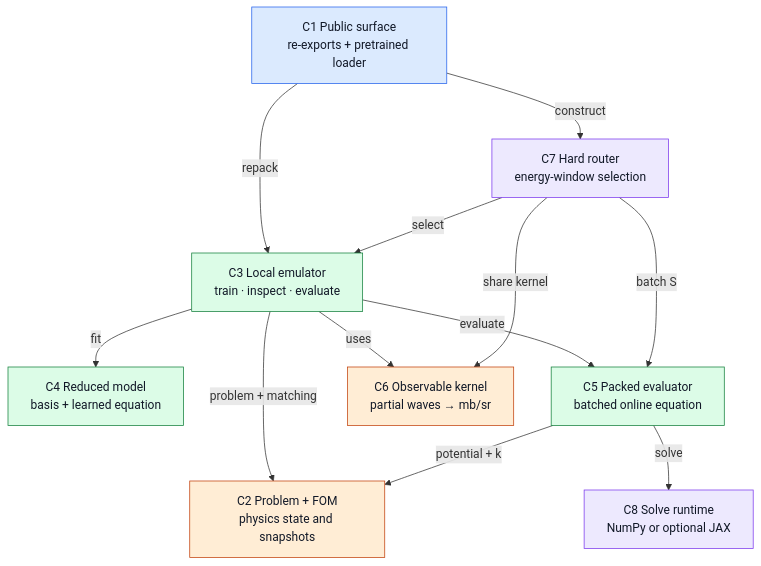
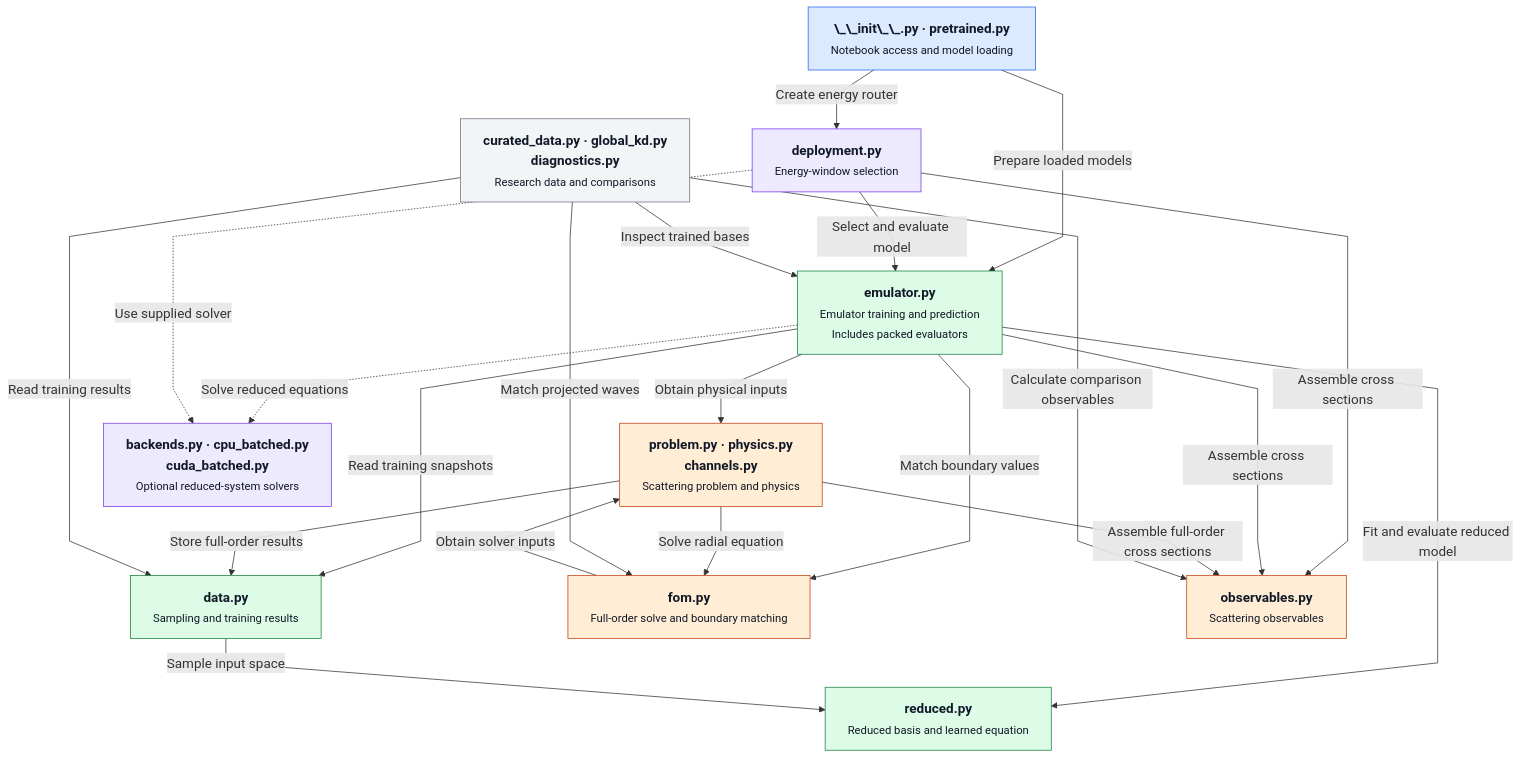
One commit to nitrogen5052/Learning-Reduced-Order-Models changed the second of 8 diagrams in CleanCode/docs/architecture-pack-v5.md. Above: the diagram before and after it, drawn with Mermaid. The commit also changed other lines of this file and 2 other files, not shown here.

````diff
--- a/CleanCode/docs/architecture-pack-v5.md
+++ b/CleanCode/docs/architecture-pack-v5.md
@@ -75,32 +83,46 @@
 ```mermaid
+%%{init: {"flowchart": {"curve": "linear", "nodeSpacing": 25, "rankSpacing": 38, "wrappingWidth": 280}, "themeVariables": {"fontSize": "18px"}}}%%
 flowchart TB
-    C1["C1 Public surface<br/>re-exports + pretrained loader"]
-    C2["C2 Problem + FOM<br/>physics state and snapshots"]
-    C3["C3 Local emulator<br/>train · inspect · evaluate"]
-    C4["C4 Reduced model<br/>basis + learned equation"]
-    C5["C5 Packed evaluator<br/>batched online equation"]
-    C6["C6 Observable kernel<br/>partial waves → mb/sr"]
-    C7["C7 Hard router<br/>energy-window selection"]
-    C8["C8 Solve runtime<br/>NumPy or optional JAX"]
+    access["<b>\_\_init\_\_.py · pretrained.py</b><br/><small>Notebook access and model loading</small>"]
+    dep["<b>deployment.py</b><br/><small>Energy-window selection</small>"]
+    em["<b>emulator.py</b><br/><small>Emulator training and prediction<br/>Includes packed evaluators</small>"]
+    red["<b>reduced.py</b><br/><small>Reduced basis and learned equation</small>"]
+    dat["<b>data.py</b><br/><small>Sampling and training results</small>"]
+    prob["<b>problem.py · physics.py<br/>channels.py</b><br/><small>Scattering problem and physics</small>"]
+    fom["<b>fom.py</b><br/><small>Full-order solve and boundary matching</small>"]
+    obs["<b>observables.py</b><br/><small>Scattering observables</small>"]
+    solvers["<b>backends.py · cpu_batched.py<br/>cuda_batched.py</b><br/><small>Optional reduced-system solvers</small>"]
+    helpers["<b>curated_data.py · global_kd.py<br/>diagnostics.py</b><br/><small>Research data and comparisons</small>"]
 
-    C1 -->|repack| C3
-    C1 -->|construct| C7
-    C3 -->|problem + matching| C2
-    C3 -->|fit| C4
-    C3 -->|evaluate| C5
-    C3 -->|uses| C6
-    C7 -->|select| C3
-    C7 -->|batch S| C5
-    C7 -->|share kernel| C6
-    C5 -->|potential + k| C2
-    C5 -->|solve| C8
+    access -->|Prepare loaded models| em
+    access -->|Create energy router| dep
+    dep -->|Select and evaluate model| em
+    dep -->|Assemble cross sections| obs
+    em -->|Fit and evaluate reduced model| red
+    em -->|Read training snapshots| dat
+    em -->|Obtain physical inputs| prob
+    em -->|Match boundary values| fom
+    em -->|Assemble cross sections| obs
+    prob -->|Solve radial equation| fom
+    fom -->|Obtain solver inputs| prob
+    prob -->|Store full-order results| dat
+    prob -->|Assemble full-order cross sections| obs
+    dat -->|Sample input space| red
+    em -.->|Solve reduced equations| solvers
+    dep -.->|Use supplied solver| solvers
+    helpers -->|Inspect trained bases| em
+    helpers -->|Read training results| dat
+    helpers -->|Match projected waves| fom
+    helpers -->|Calculate comparison observables| obs
 
-    classDef boundary fill:#DBEAFE,stroke:#2563EB,color:#111827
-    classDef science fill:#FFEDD5,stroke:#C2410C,color:#111827
-    classDef model fill:#DCFCE7,stroke:#15803D,color:#111827
-    classDef deploy fill:#EDE9FE,stroke:#7C3AED,color:#111827
-    class C1 boundary
-    class C2,C6 science
-    class C3,C4,C5 model
-    class C7,C8 deploy
+    classDef accessColor fill:#DBEAFE,stroke:#2563EB,color:#111827
+    classDef scienceColor fill:#FFEDD5,stroke:#C2410C,color:#111827
+    classDef modelColor fill:#DCFCE7,stroke:#15803D,color:#111827
+    classDef runtimeColor fill:#EDE9FE,stroke:#7C3AED,color:#111827
+    classDef helperColor fill:#F3F4F6,stroke:#6B7280,color:#111827
+    class access accessColor
+    class prob,fom,obs scienceColor
+    class em,red,dat modelColor
+    class dep,solvers runtimeColor
+    class helpers helperColor
 ```
````
